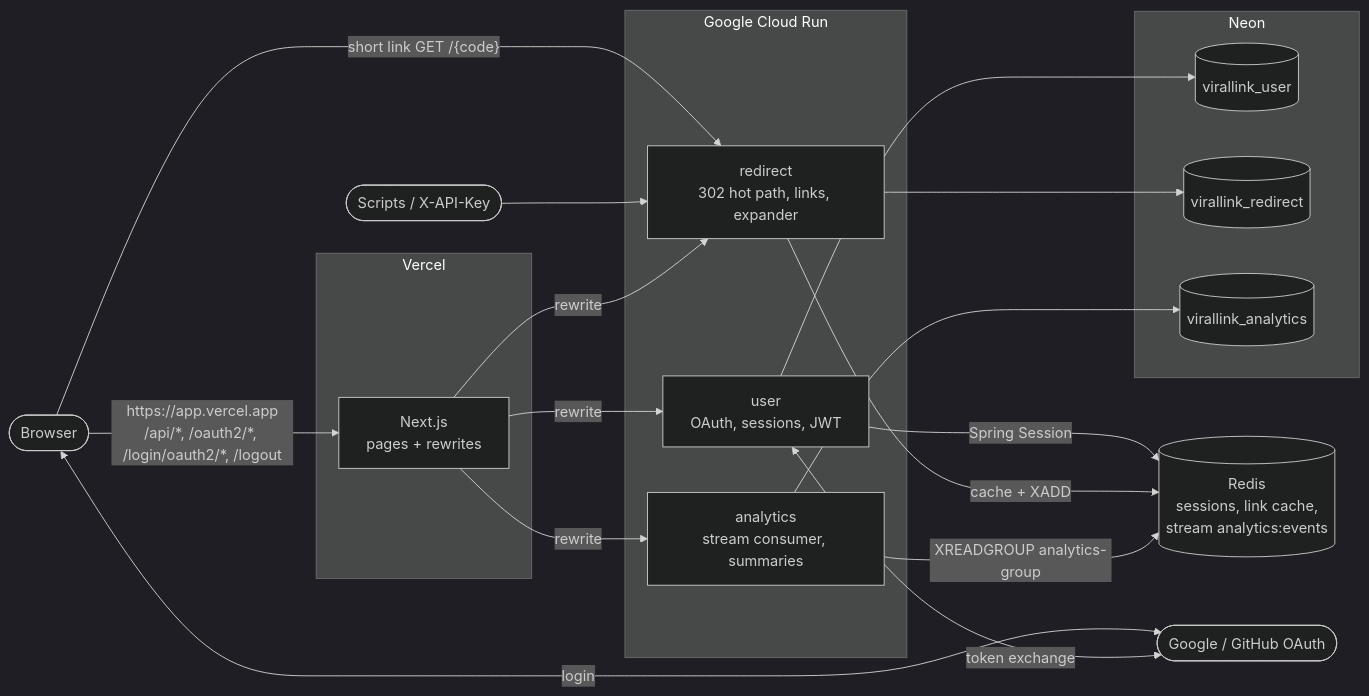
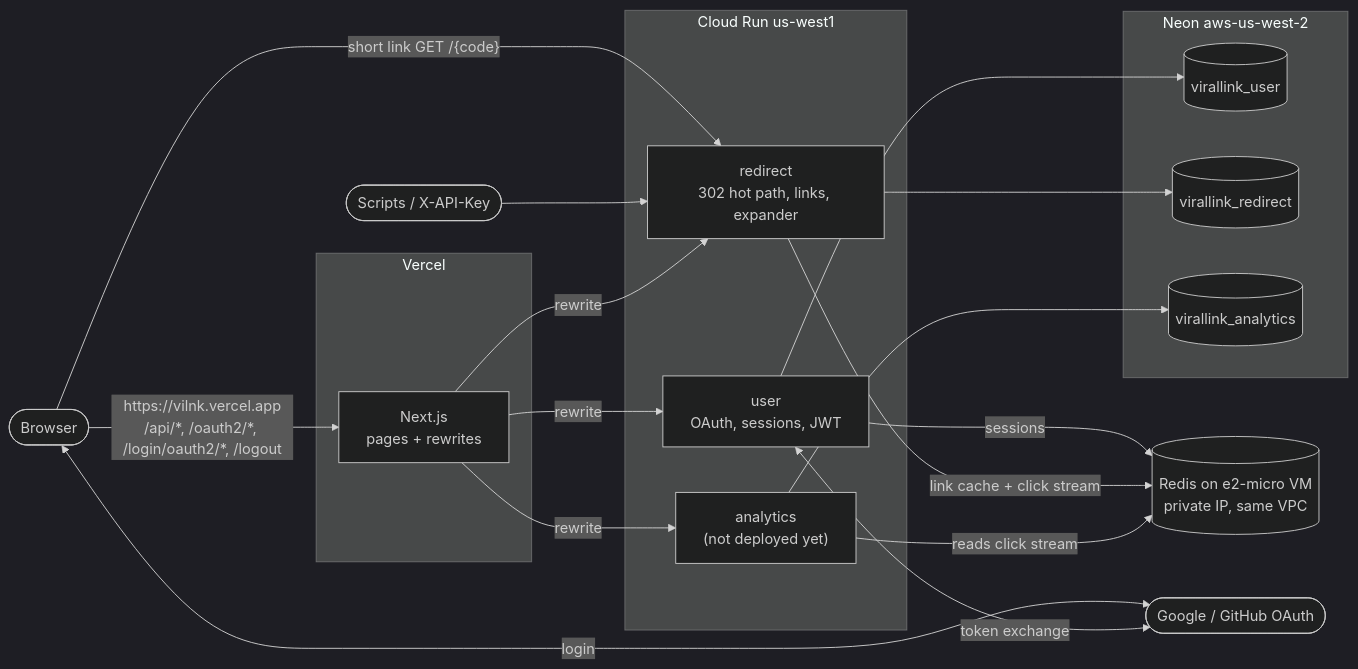
One commit to ehdro06/viral-analytics-hub changed the diagram in docs/DEPLOY.md. Above: the diagram before and after it, drawn with Mermaid (dark theme). The commit also changed other lines of this file and 3 other files, not shown here.

````diff
--- a/docs/DEPLOY.md
+++ b/docs/DEPLOY.md
@@ -27,39 +41,39 @@
 ```mermaid
 flowchart LR
   Browser([Browser])
   Script([Scripts / X-API-Key])
 
   subgraph vercel [Vercel]
     Next["Next.js<br/>pages + rewrites"]
   end
 
-  subgraph run [Google Cloud Run]
+  subgraph run [Cloud Run us-west1]
     User["user<br/>OAuth, sessions, JWT"]
     Redirect["redirect<br/>302 hot path, links, expander"]
-    Analytics["analytics<br/>stream consumer, summaries"]
+    Analytics["analytics<br/>(not deployed yet)"]
   end
 
-  subgraph neon [Neon]
+  subgraph neon [Neon aws-us-west-2]
     DBU[(virallink_user)]
     DBR[(virallink_redirect)]
     DBA[(virallink_analytics)]
   end
 
-  Redis[("Redis<br/>sessions, link cache,<br/>stream analytics:events")]
+  Redis[("Redis on e2-micro VM<br/>private IP, same VPC")]
   IdP([Google / GitHub OAuth])
 
-  Browser -->|"https://app.vercel.app<br/>/api/*, /oauth2/*, /login/oauth2/*, /logout"| Next
+  Browser -->|"https://vilnk.vercel.app<br/>/api/*, /oauth2/*, /login/oauth2/*, /logout"| Next
   Browser -->|"short link GET /{code}"| Redirect
   Script --> Redirect
   Next -->|rewrite| User
   Next -->|rewrite| Redirect
   Next -->|rewrite| Analytics
   User --> DBU
   Redirect --> DBR
   Analytics --> DBA
-  User -->|Spring Session| Redis
-  Redirect -->|"cache + XADD"| Redis
-  Analytics -->|"XREADGROUP analytics-group"| Redis
+  User -->|sessions| Redis
+  Redirect -->|"link cache + click stream"| Redis
+  Analytics -->|"reads click stream"| Redis
   Browser <-->|login| IdP
   User <-->|token exchange| IdP
 ```
````
